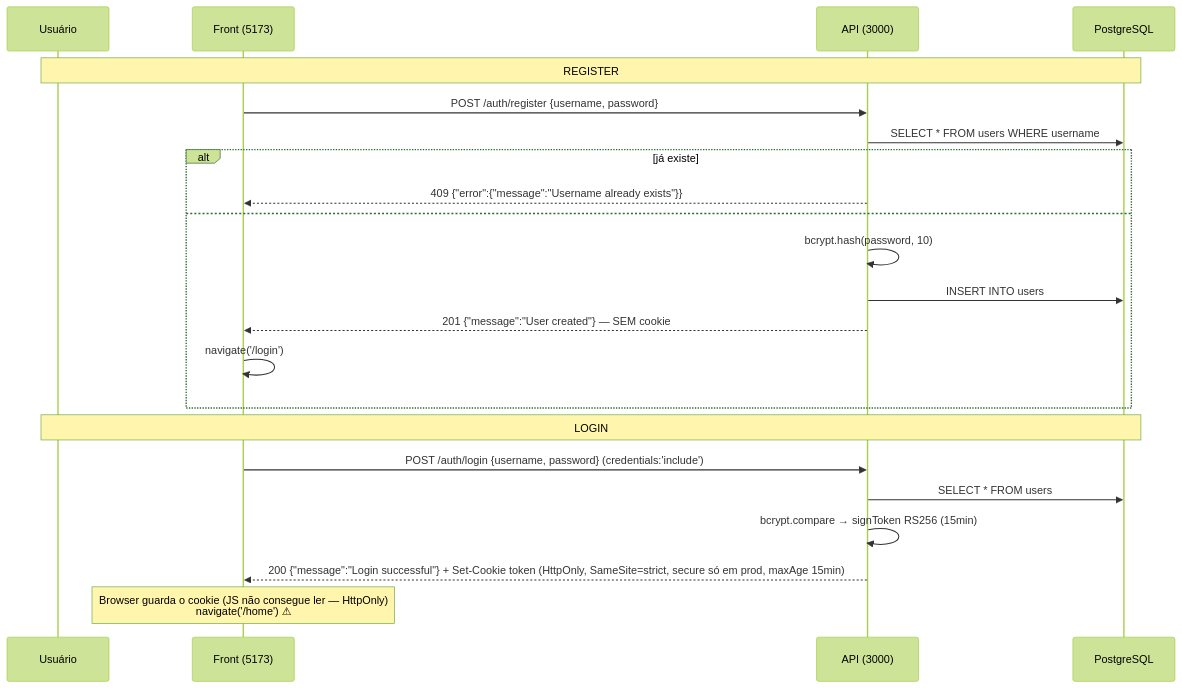
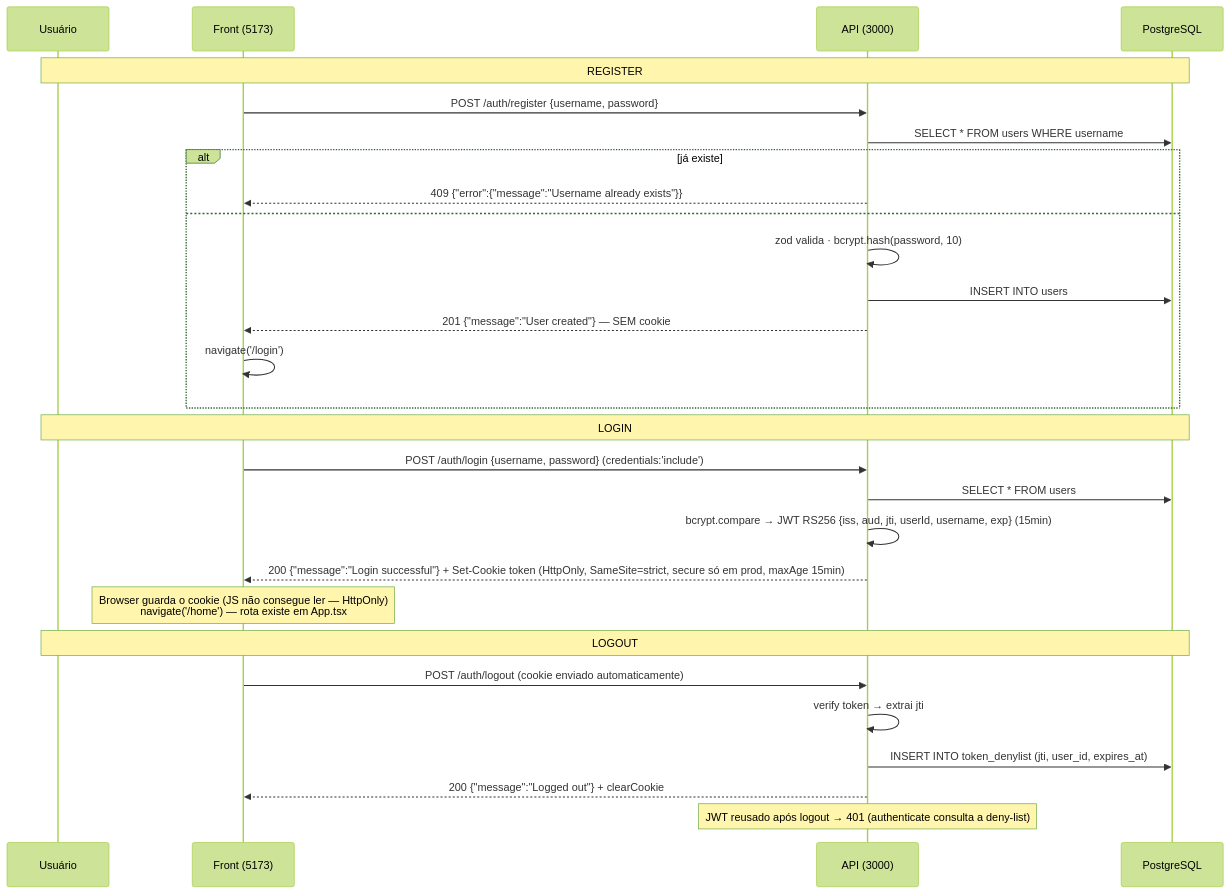
Before and after one commit to Jefferson-Tenorio/api-security-in-action-typescript: the second of 2 diagrams in back/docs/fluxos.md, drawn with Mermaid (forest theme). The commit also changed other lines of this file and 3 other files, not shown here.

````diff
--- a/back/docs/fluxos.md
+++ b/back/docs/fluxos.md
@@ -39,26 +41,33 @@
 ```mermaid
 sequenceDiagram
     participant U as Usuário
     participant F as Front (5173)
     participant A as API (3000)
     participant D as PostgreSQL
 
     Note over U,D: REGISTER
     F->>A: POST /auth/register {username, password}
     A->>D: SELECT * FROM users WHERE username
     alt já existe
         A-->>F: 409 {"error":{"message":"Username already exists"}}
     else
-        A->>A: bcrypt.hash(password, 10)
+        A->>A: zod valida · bcrypt.hash(password, 10)
         A->>D: INSERT INTO users
         A-->>F: 201 {"message":"User created"} — SEM cookie
         F->>F: navigate('/login')
     end
 
     Note over U,D: LOGIN
     F->>A: POST /auth/login {username, password} (credentials:'include')
     A->>D: SELECT * FROM users
-    A->>A: bcrypt.compare → signToken RS256 (15min)
+    A->>A: bcrypt.compare → JWT RS256 {iss, aud, jti, userId, username, exp} (15min)
     A-->>F: 200 {"message":"Login successful"} + Set-Cookie token (HttpOnly, SameSite=strict, secure só em prod, maxAge 15min)
-    Note over F: Browser guarda o cookie (JS não consegue ler — HttpOnly)<br/>navigate('/home') ⚠
+    Note over F: Browser guarda o cookie (JS não consegue ler — HttpOnly)<br/>navigate('/home') — rota existe em App.tsx
+
+    Note over U,D: LOGOUT
+    F->>A: POST /auth/logout (cookie enviado automaticamente)
+    A->>A: verify token → extrai jti
+    A->>D: INSERT INTO token_denylist (jti, user_id, expires_at)
+    A-->>F: 200 {"message":"Logged out"} + clearCookie
+    Note over A: JWT reusado após logout → 401 (authenticate consulta a deny-list)
 ```
````
